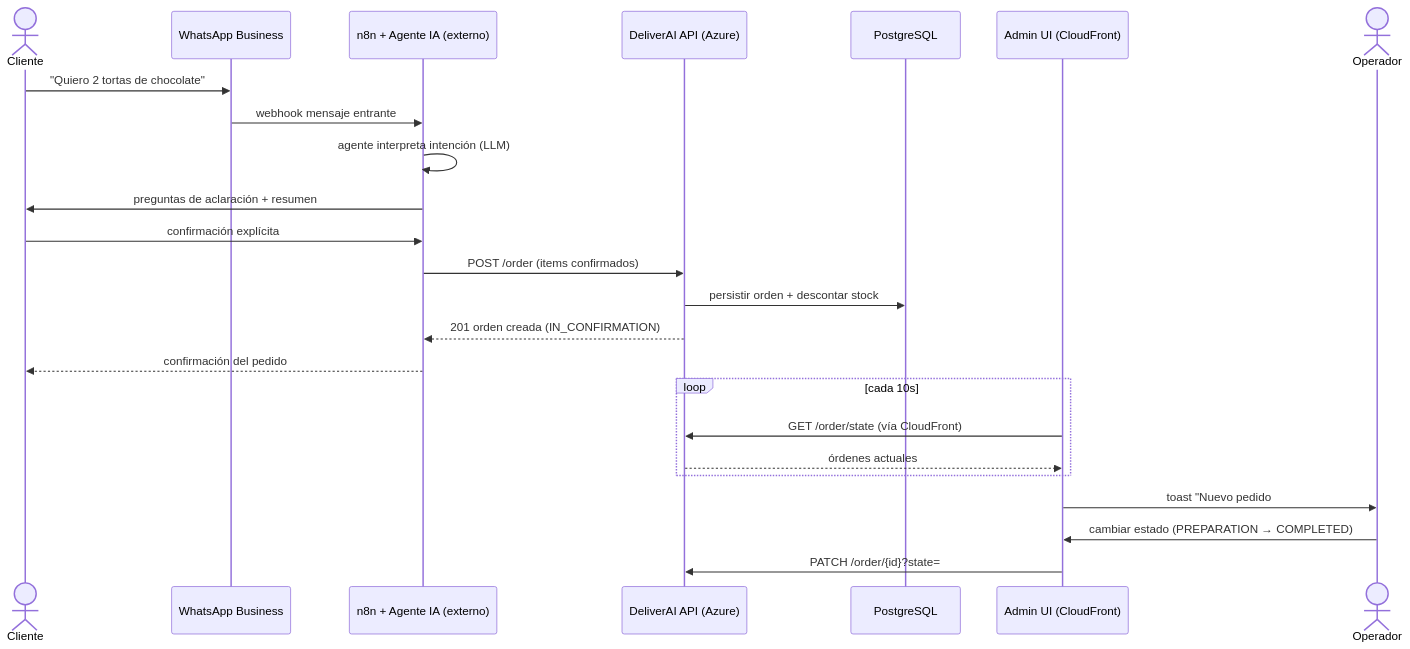
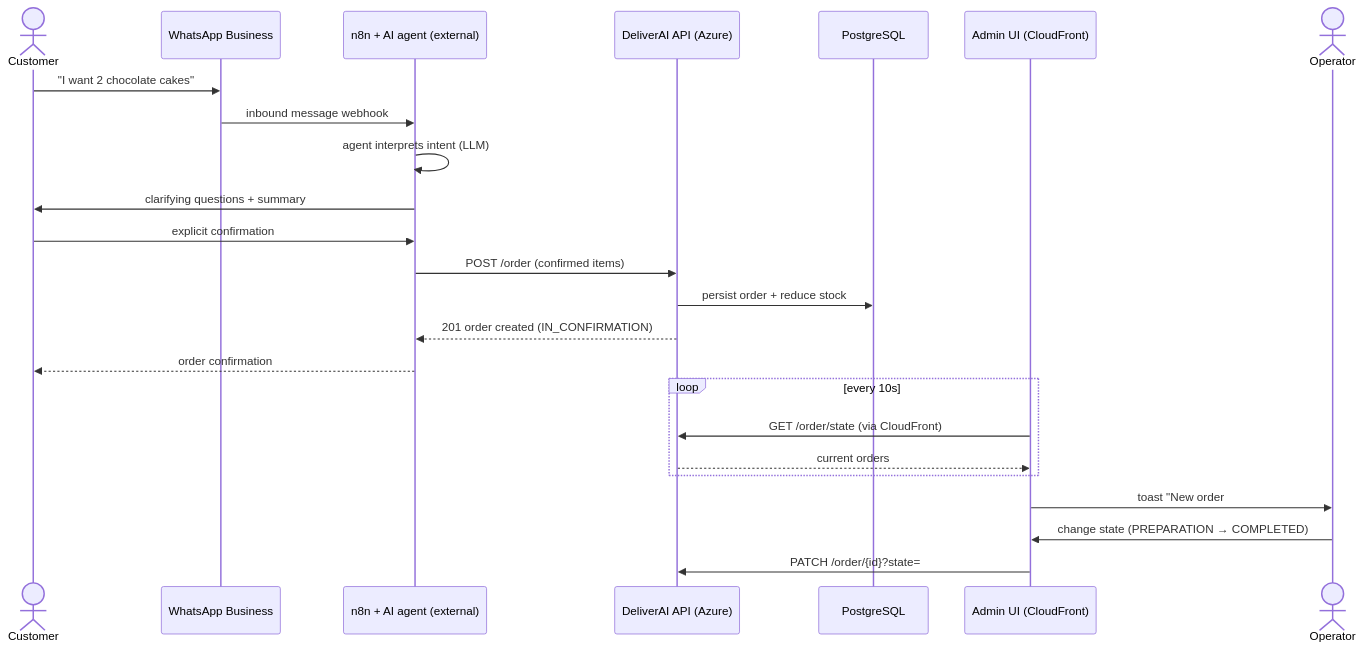
Before and after one commit to tulio3101/DeliverAI: the third of 5 diagrams in README.md, drawn with Mermaid. The commit also changed other lines of this file and 4 other files, not shown here.

````diff
--- a/README.md
+++ b/README.md
@@ -107,27 +107,27 @@
 ```mermaid
 sequenceDiagram
-    actor Cliente
+    actor Customer
     participant WA as WhatsApp Business
-    participant N8N as n8n + Agente IA (externo)
+    participant N8N as n8n + AI agent (external)
     participant API as DeliverAI API (Azure)
     participant DB as PostgreSQL
     participant UI as Admin UI (CloudFront)
-    actor Operador
+    actor Operator
 
-    Cliente->>WA: "Quiero 2 tortas de chocolate"
-    WA->>N8N: webhook mensaje entrante
-    N8N->>N8N: agente interpreta intención (LLM)
-    N8N->>Cliente: preguntas de aclaración + resumen
-    Cliente->>N8N: confirmación explícita
-    N8N->>API: POST /order (items confirmados)
-    API->>DB: persistir orden + descontar stock
-    API-->>N8N: 201 orden creada (IN_CONFIRMATION)
-    N8N-->>Cliente: confirmación del pedido
-    loop cada 10s
-        UI->>API: GET /order/state (vía CloudFront)
-        API-->>UI: órdenes actuales
+    Customer->>WA: "I want 2 chocolate cakes"
+    WA->>N8N: inbound message webhook
+    N8N->>N8N: agent interprets intent (LLM)
+    N8N->>Customer: clarifying questions + summary
+    Customer->>N8N: explicit confirmation
+    N8N->>API: POST /order (confirmed items)
+    API->>DB: persist order + reduce stock
+    API-->>N8N: 201 order created (IN_CONFIRMATION)
+    N8N-->>Customer: order confirmation
+    loop every 10s
+        UI->>API: GET /order/state (via CloudFront)
+        API-->>UI: current orders
     end
-    UI->>Operador: toast "Nuevo pedido #id"
-    Operador->>UI: cambiar estado (PREPARATION → COMPLETED)
+    UI->>Operator: toast "New order #id"
+    Operator->>UI: change state (PREPARATION → COMPLETED)
     UI->>API: PATCH /order/{id}?state=
 ```
````
